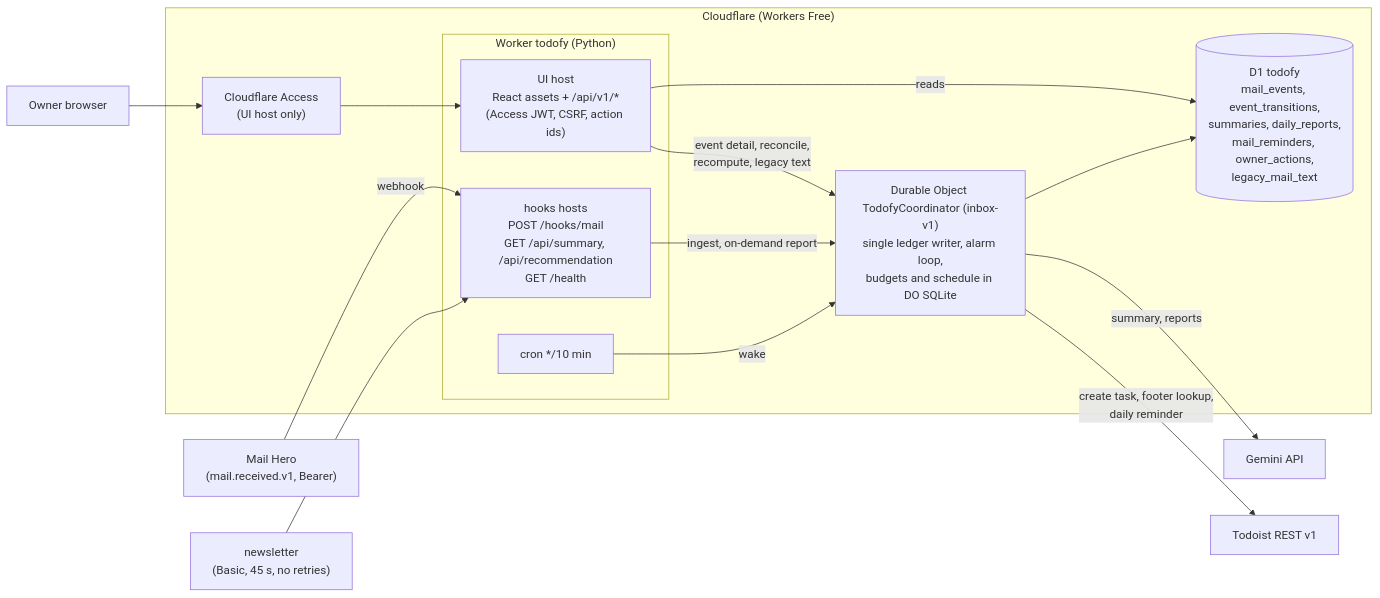
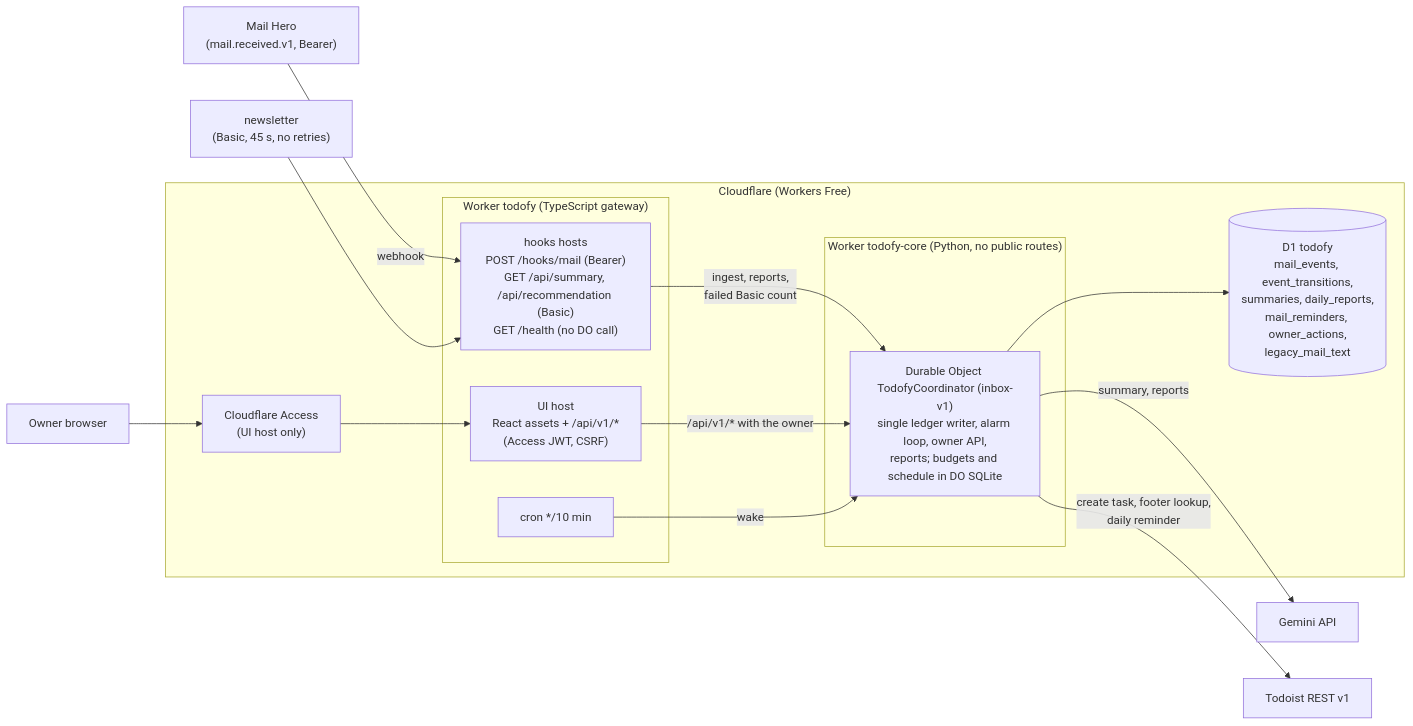
Before and after one commit to ziyixi/todofy: the first of 2 diagrams in architecture-diagram.md, drawn with Mermaid. The commit also changed other lines of this file and 65 other files, not shown here.

First line of the commit message:
Front the Python core with a thin TypeScript gateway

````diff
--- a/architecture-diagram.md
+++ b/architecture-diagram.md
@@ -8,31 +11,32 @@
 ```mermaid
 flowchart LR
     MH["Mail Hero<br/>(mail.received.v1, Bearer)"]
     NL["newsletter<br/>(Basic, 45 s, no retries)"]
     Owner["Owner browser"]
 
     subgraph CF["Cloudflare (Workers Free)"]
         Access["Cloudflare Access<br/>(UI host only)"]
-        subgraph W["Worker todofy (Python)"]
-            Hooks["hooks hosts<br/>POST /hooks/mail<br/>GET /api/summary, /api/recommendation<br/>GET /health"]
-            OwnerAPI["UI host<br/>React assets + /api/v1/*<br/>(Access JWT, CSRF, action ids)"]
+        subgraph W["Worker todofy (TypeScript gateway)"]
+            Hooks["hooks hosts<br/>POST /hooks/mail (Bearer)<br/>GET /api/summary, /api/recommendation (Basic)<br/>GET /health (no DO call)"]
+            OwnerAPI["UI host<br/>React assets + /api/v1/*<br/>(Access JWT, CSRF)"]
             Cron["cron */10 min"]
         end
-        DO["Durable Object TodofyCoordinator (inbox-v1)<br/>single ledger writer, alarm loop,<br/>budgets and schedule in DO SQLite"]
+        subgraph C["Worker todofy-core (Python, no public routes)"]
+            DO["Durable Object TodofyCoordinator (inbox-v1)<br/>single ledger writer, alarm loop, owner API,<br/>reports; budgets and schedule in DO SQLite"]
+        end
         D1[("D1 todofy<br/>mail_events, event_transitions,<br/>summaries, daily_reports,<br/>mail_reminders, owner_actions,<br/>legacy_mail_text")]
     end
 
     Gemini["Gemini API"]
     Todoist["Todoist REST v1"]
 
     MH -->|webhook| Hooks
     NL --> Hooks
     Owner --> Access --> OwnerAPI
-    Hooks -->|ingest, on-demand report| DO
-    OwnerAPI -->|reads| D1
-    OwnerAPI -->|event detail, reconcile,<br/>recompute, legacy text| DO
+    Hooks -->|ingest, reports,<br/>failed Basic count| DO
+    OwnerAPI -->|/api/v1/* with the owner| DO
     Cron -->|wake| DO
     DO --> D1
     DO -->|summary, reports| Gemini
     DO -->|create task, footer lookup,<br/>daily reminder| Todoist
 ```
````
